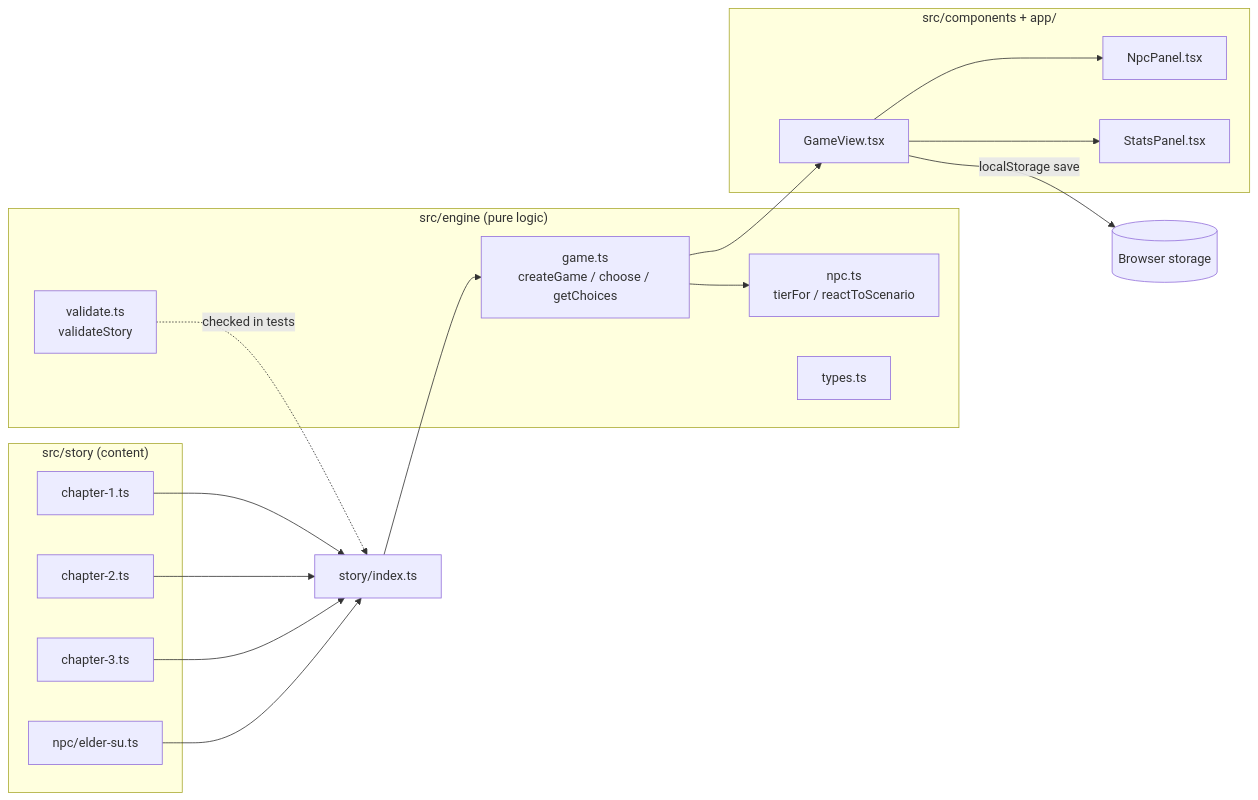
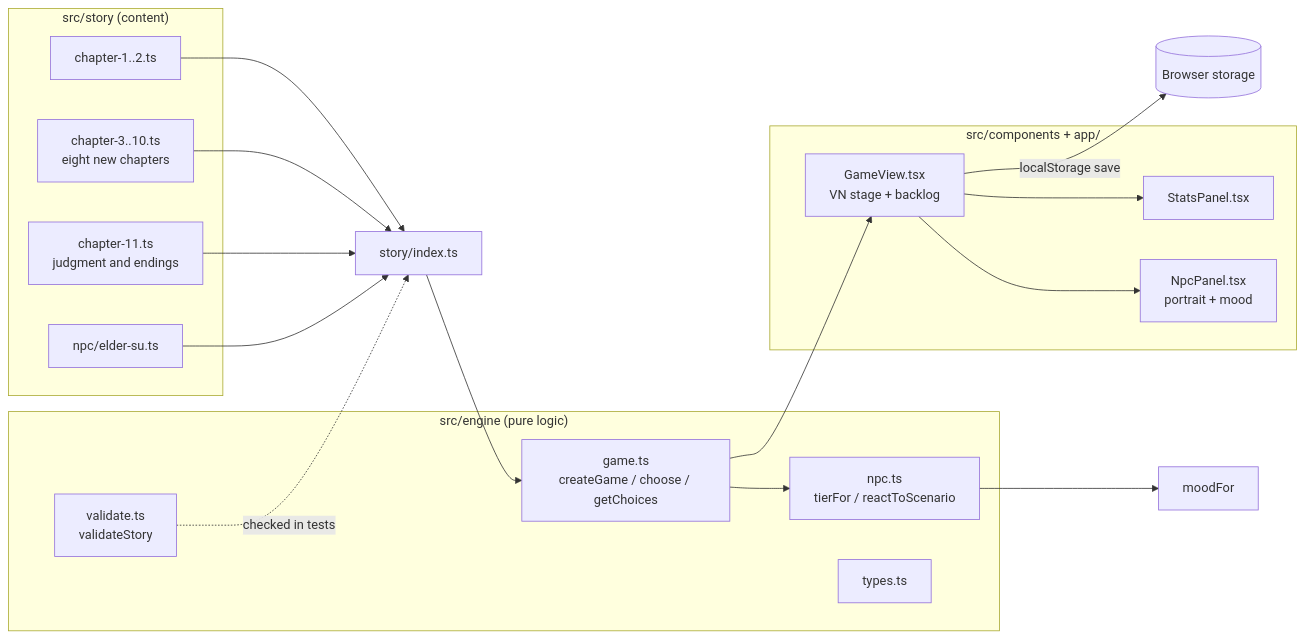
The first of 5 diagrams in docs/ARCHITECTURE.md (jgyy/nextxian), drawn with Mermaid before and after one commit. The commit also changed other lines of this file and 33 other files, not shown here.

First line of the commit message:
Revamp into xianxia visual novel with reactive NPC and eight new chapters (#2)

````diff
--- a/docs/ARCHITECTURE.md
+++ b/docs/ARCHITECTURE.md
@@ -5,27 +5,28 @@
 ```mermaid
 flowchart LR
   subgraph Story["src/story (content)"]
-    C1[chapter-1.ts]
-    C2[chapter-2.ts]
-    C3[chapter-3.ts]
+    C1[chapter-1..2.ts]
+    C3[chapter-3..10.ts<br/>eight new chapters]
+    C11[chapter-11.ts<br/>judgment and endings]
     NPC[npc/elder-su.ts]
   end
   subgraph Engine["src/engine (pure logic)"]
     G[game.ts<br/>createGame / choose / getChoices]
     N[npc.ts<br/>tierFor / reactToScenario]
     V[validate.ts<br/>validateStory]
     T[types.ts]
   end
   subgraph UI["src/components + app/"]
-    GV[GameView.tsx]
-    NP[NpcPanel.tsx]
+    GV[GameView.tsx<br/>VN stage + backlog]
+    NP[NpcPanel.tsx<br/>portrait + mood]
     SP[StatsPanel.tsx]
   end
-  C1 & C2 & C3 & NPC --> S[story/index.ts]
+  C1 & C3 & C11 & NPC --> S[story/index.ts]
   S --> G
   G --> N
+  N --> M[moodFor]
   V -. checked in tests .-> S
   G --> GV
   GV --> NP & SP
   GV -->|localStorage save| Storage[(Browser storage)]
 ```
````
